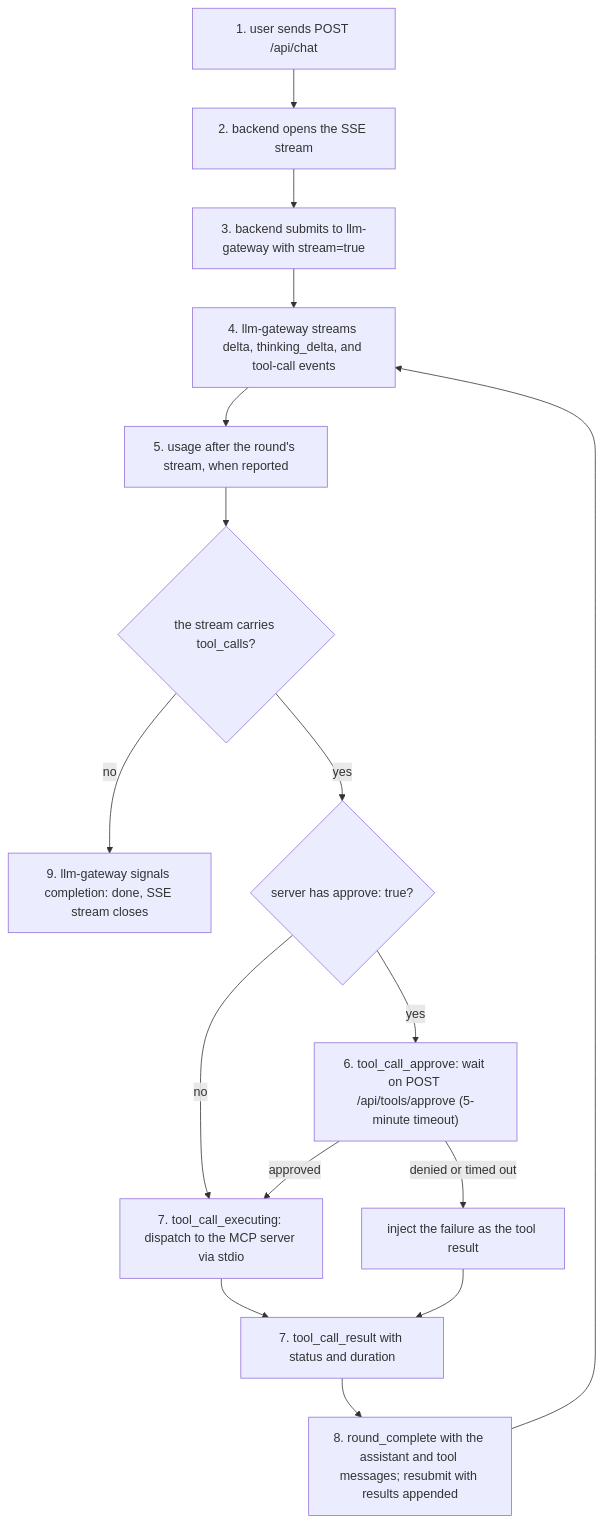
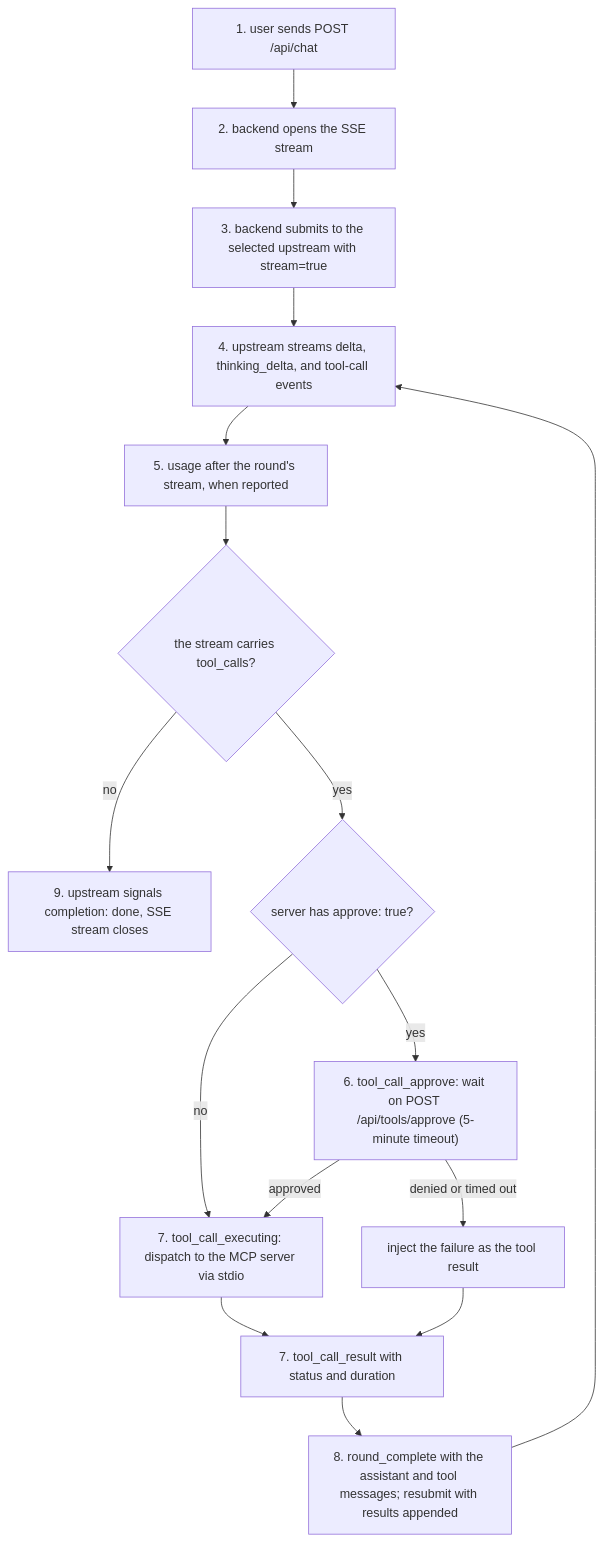
Before and after one commit to michaelquigley/pane: the fourth of 4 diagrams in docs/current/pane.md, drawn with Mermaid. The commit also changed other lines of this file and 21 other files, not shown here.

````diff
--- a/docs/current/pane.md
+++ b/docs/current/pane.md
@@ -310,18 +313,18 @@
 ```mermaid
 flowchart TD
     a["1. user sends POST /api/chat"] --> b["2. backend opens the SSE stream"]
-    b --> c["3. backend submits to llm-gateway with stream=true"]
-    c --> d["4. llm-gateway streams delta, thinking_delta, and tool-call events"]
+    b --> c["3. backend submits to the selected upstream with stream=true"]
+    c --> d["4. upstream streams delta, thinking_delta, and tool-call events"]
     d --> u["5. usage after the round's stream, when reported"]
     u --> e{"the stream carries tool_calls?"}
-    e -- "no" --> h["9. llm-gateway signals completion: done, SSE stream closes"]
+    e -- "no" --> h["9. upstream signals completion: done, SSE stream closes"]
     e -- "yes" --> g{"server has approve: true?"}
     g -- "yes" --> i["6. tool_call_approve: wait on POST /api/tools/approve (5-minute timeout)"]
     g -- "no" --> j["7. tool_call_executing: dispatch to the MCP server via stdio"]
     i -- "approved" --> j
     i -- "denied or timed out" --> k["inject the failure as the tool result"]
     j --> l["7. tool_call_result with status and duration"]
     k --> l
     l --> m["8. round_complete with the assistant and tool messages; resubmit with results appended"]
     m --> d
 ```
````
